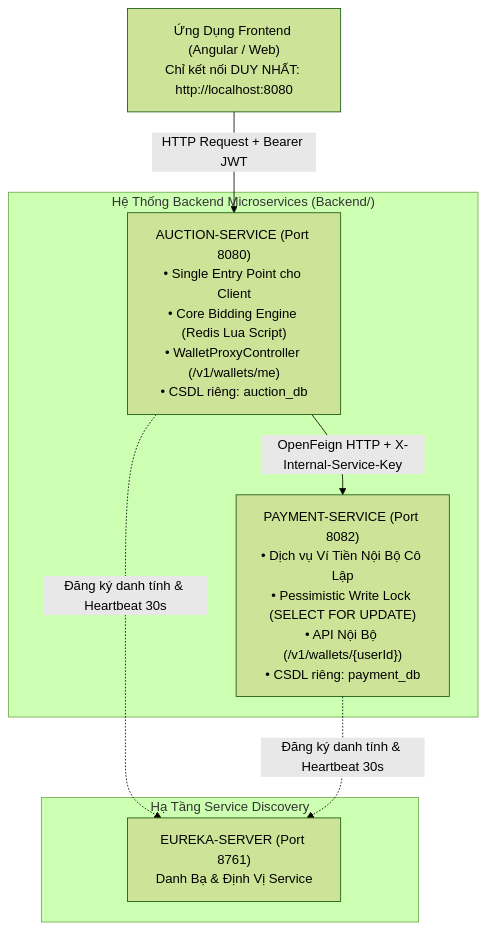
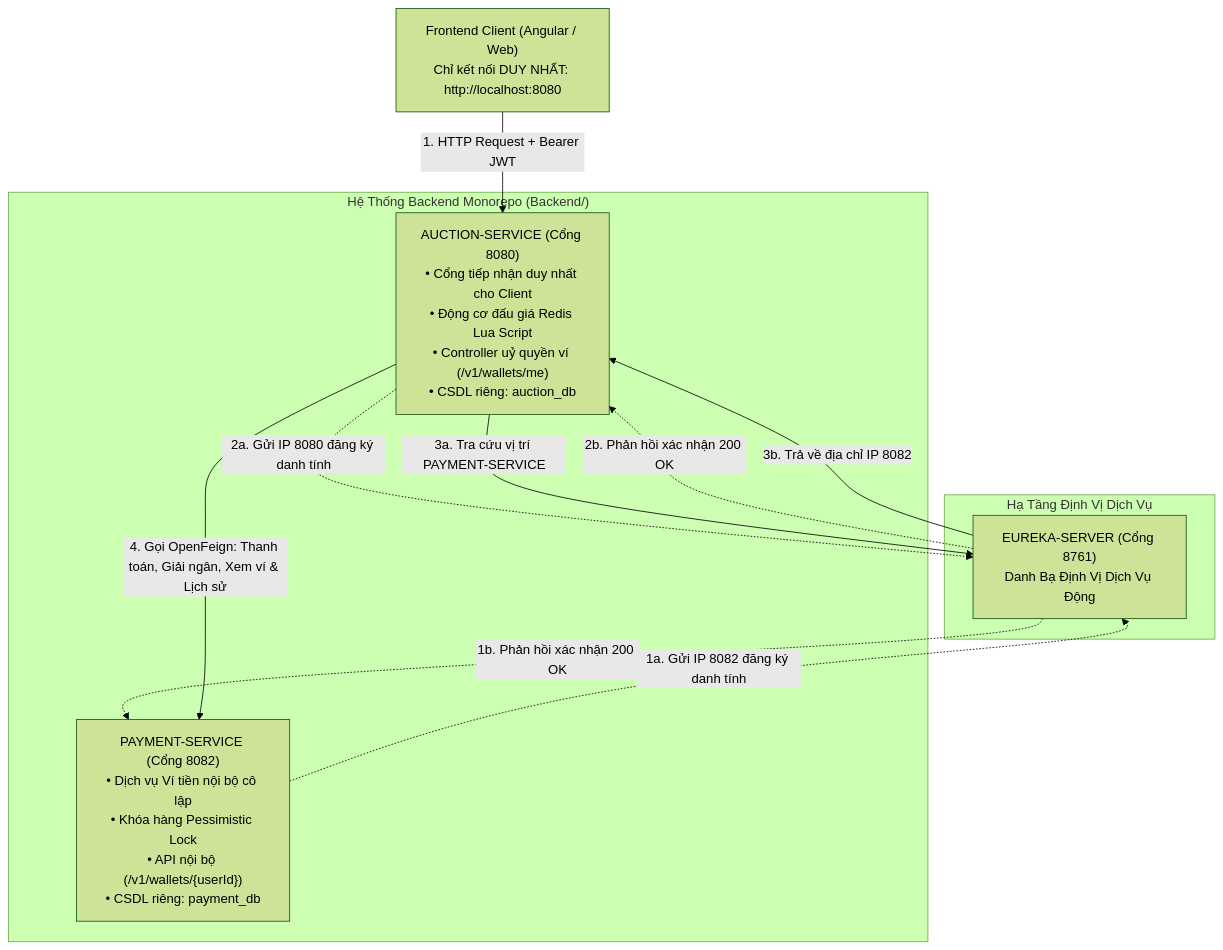
Before and after one commit to Duongkhmt/AuctionSystem: the first of 4 diagrams in README.md, drawn with Mermaid (forest theme). The commit also changed other lines of this file and 13 other files, not shown here.

````diff
--- a/README.md
+++ b/README.md
@@ -32,19 +52,25 @@
 ```mermaid
 flowchart TD
-    Client["Ứng Dụng Frontend (Angular / Web)<br/>Chỉ kết nối DUY NHẤT: http://localhost:8080"] -->|HTTP Request + Bearer JWT| AuctionService
+    Client["Frontend Client (Angular / Web)<br/>Chỉ kết nối DUY NHẤT: http://localhost:8080"] -->|1. HTTP Request + Bearer JWT| AuctionService
 
-    subgraph Infrastructure ["Hạ Tầng Service Discovery"]
-        EurekaServer["EUREKA-SERVER (Port 8761)<br/>Danh Bạ & Định Vị Service"]
+    subgraph Registry ["Hạ Tầng Định Vị Dịch Vụ"]
+        EurekaServer["EUREKA-SERVER (Cổng 8761)<br/>Danh Bạ Định Vị Dịch Vụ Động"]
     end
 
-    subgraph MonorepoBackend ["Hệ Thống Backend Microservices (Backend/)"]
-        AuctionService["AUCTION-SERVICE (Port 8080)<br/>• Single Entry Point cho Client<br/>• Core Bidding Engine (Redis Lua Script)<br/>• WalletProxyController (/v1/wallets/me)<br/>• CSDL riêng: auction_db"]
-        
-        PaymentService["PAYMENT-SERVICE (Port 8082)<br/>• Dịch vụ Ví Tiền Nội Bộ Cô Lập<br/>• Pessimistic Write Lock (SELECT FOR UPDATE)<br/>• API Nội Bộ (/v1/wallets/{userId})<br/>• CSDL riêng: payment_db"]
+    subgraph BackendMonorepo ["Hệ Thống Backend Monorepo (Backend/)"]
+        AuctionService["AUCTION-SERVICE (Cổng 8080)<br/>• Cổng tiếp nhận duy nhất cho Client<br/>• Động cơ đấu giá Redis Lua Script<br/>• Controller uỷ quyền ví (/v1/wallets/me)<br/>• CSDL riêng: auction_db"]
+
+        PaymentService["PAYMENT-SERVICE (Cổng 8082)<br/>• Dịch vụ Ví tiền nội bộ cô lập<br/>• Khóa hàng Pessimistic Lock<br/>• API nội bộ (/v1/wallets/{userId})<br/>• CSDL riêng: payment_db"]
     end
 
-    AuctionService -.->|Đăng ký danh tính & Heartbeat 30s| EurekaServer
-    PaymentService -.->|Đăng ký danh tính & Heartbeat 30s| EurekaServer
+    PaymentService -.->|1a. Gửi IP 8082 đăng ký danh tính| EurekaServer
+    EurekaServer -.->|1b. Phản hồi xác nhận 200 OK| PaymentService
 
-    AuctionService -->|OpenFeign HTTP + X-Internal-Service-Key| PaymentService
+    AuctionService -.->|2a. Gửi IP 8080 đăng ký danh tính| EurekaServer
+    EurekaServer -.->|2b. Phản hồi xác nhận 200 OK| AuctionService
+
+    AuctionService -->|3a. Tra cứu vị trí PAYMENT-SERVICE| EurekaServer
+    EurekaServer -->|3b. Trả về địa chỉ IP 8082| AuctionService
+
+    AuctionService -->|4. Gọi OpenFeign: Thanh toán, Giải ngân, Xem ví & Lịch sử| PaymentService
 ```
````
